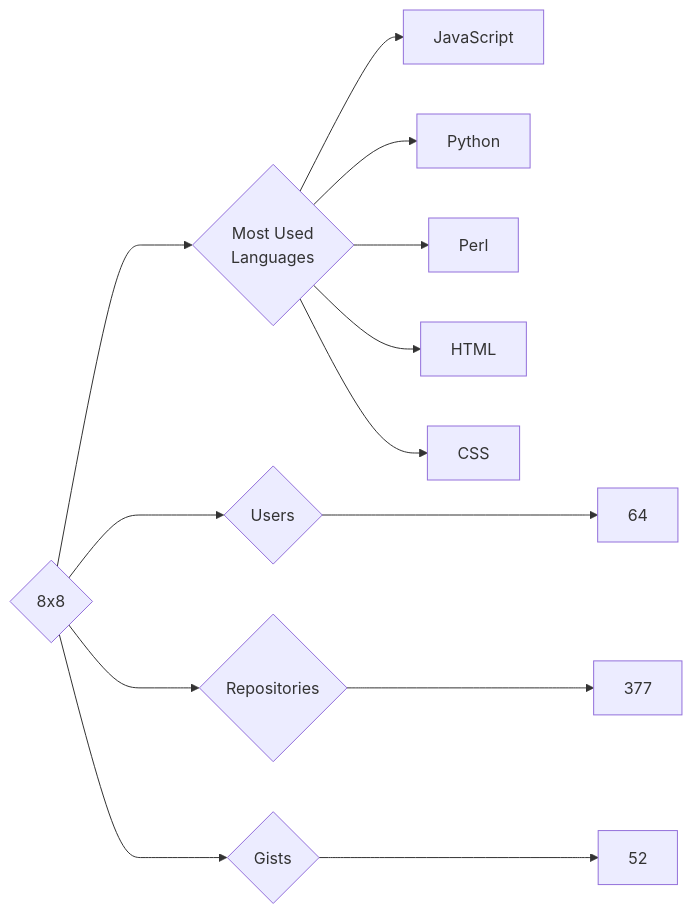
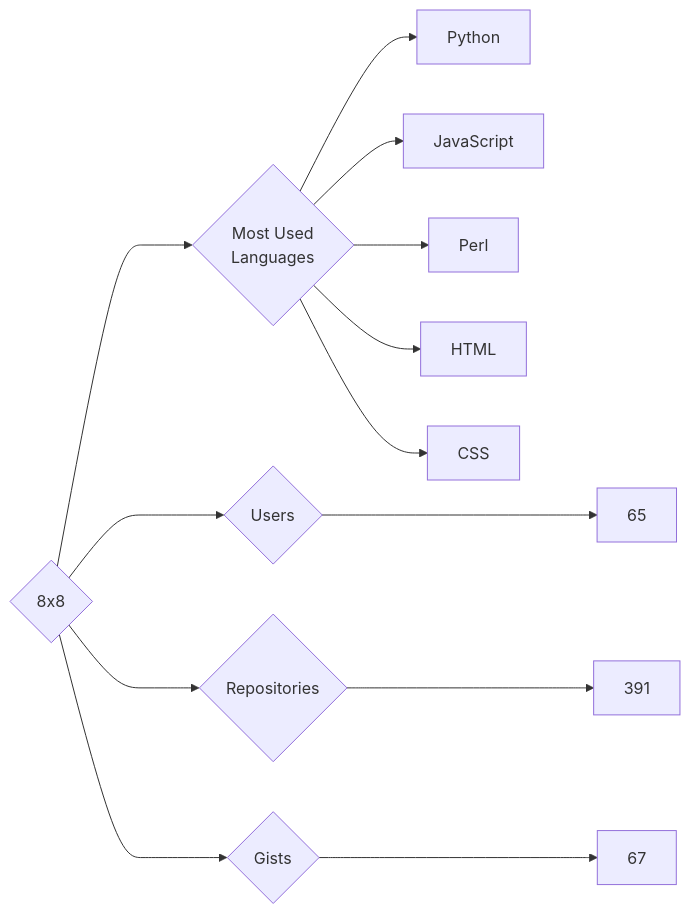
One commit to trickest/insiders changed the diagram in targets/8x8/README.md. Above: the diagram before and after it, drawn with Mermaid. The commit also changed 1084 other files, not shown here.

````diff
--- a/targets/8x8/README.md
+++ b/targets/8x8/README.md
@@ -3,13 +3,13 @@
 ```mermaid
 graph LR
 COMPANY_NAME{8x8}
-COMPANY_NAME ---> U{Users} ---> UN[64]
-COMPANY_NAME ---> R{Repositories} ---> RN[377]
-COMPANY_NAME ---> G{Gists} ---> GN[52]
+COMPANY_NAME ---> U{Users} ---> UN[65]
+COMPANY_NAME ---> R{Repositories} ---> RN[391]
+COMPANY_NAME ---> G{Gists} ---> GN[67]
 COMPANY_NAME ---> ML{Most Used<br>Languages}
+ML --> Python[Python]
 ML --> JavaScript[JavaScript]
-ML --> Python[Python]
 ML --> Perl[Perl]
 ML --> HTML[HTML]
 ML --> CSS[CSS]
 ```
````
